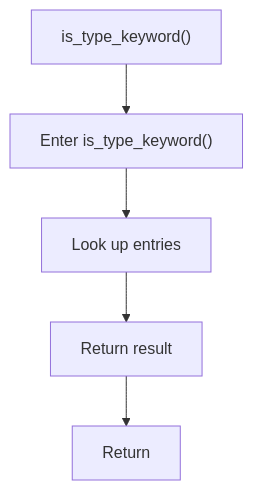
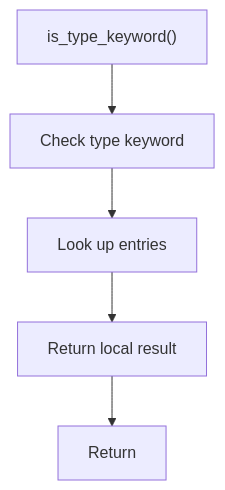
The diagram in docs/Codebase/Microservice/Modules/Source/Trees/ClassGeneration/Actual/Internal/Statement/Flow/functions/is_type_keyword.cpp.md (JohnAndrewBalbarosa/NeoTerritory), drawn with Mermaid before and after one commit. The commit also changed other lines of this file and 925 other files, not shown here.

````diff
--- a/docs/Codebase/Microservice/Modules/Source/Trees/ClassGeneration/Actual/Internal/Statement/Flow/functions/is_type_keyword.cpp.md
+++ b/docs/Codebase/Microservice/Modules/Source/Trees/ClassGeneration/Actual/Internal/Statement/Flow/functions/is_type_keyword.cpp.md
@@ -17,12 +17,12 @@
 ```mermaid
 flowchart TD
     Start["is_type_keyword()"]
-    N0["Enter is_type_keyword()"]
+    N0["Check type keyword"]
     N1["Look up entries"]
-    N2["Return result"]
+    N2["Return local result"]
     End["Return"]
     Start --> N0
     N0 --> N1
     N1 --> N2
     N2 --> End
 ```
````
